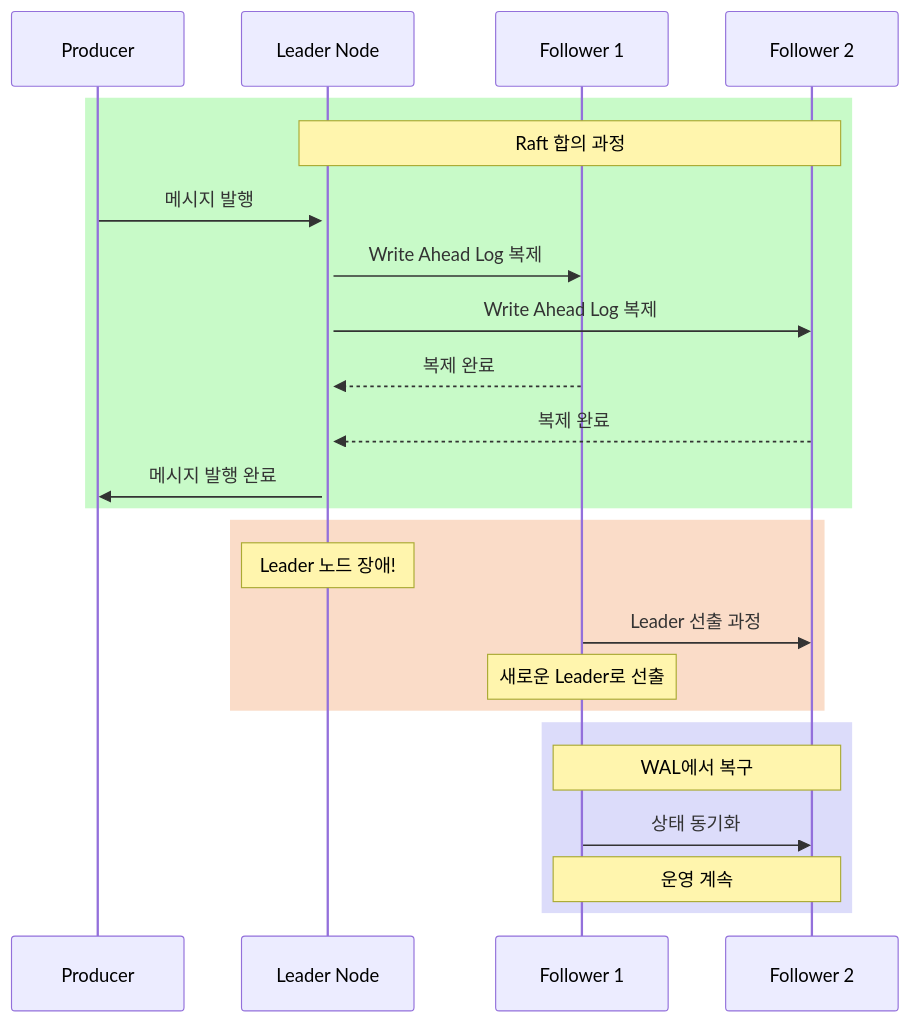
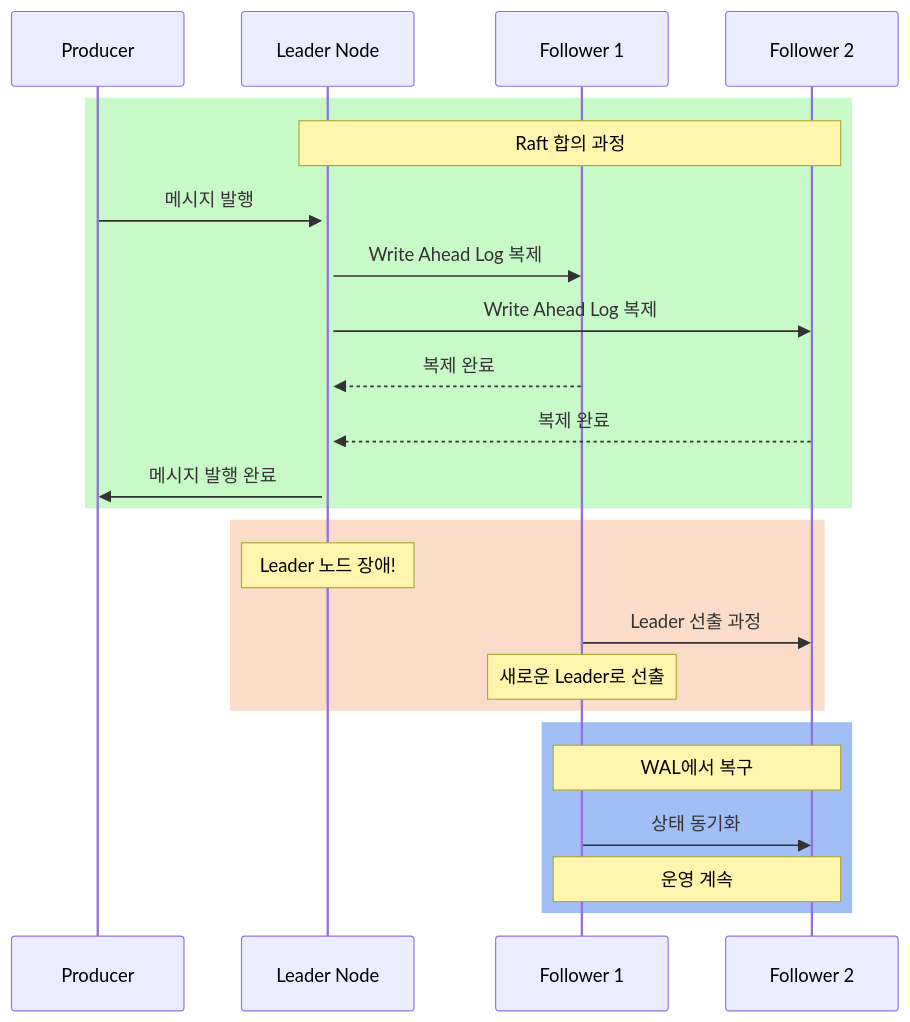
The second of 2 diagrams in _posts/rabbitmq/2024-11-26-RabbitMQ Classic vs Quorum.md (TreeStone94/treestone94.github.io), drawn with Mermaid before and after one commit. The commit also changed other lines of this file, not shown here.

Commit message:
Update 2024-11-26-RabbitMQ Classic vs Quorum.md

````diff
--- a/_posts/rabbitmq/2024-11-26-RabbitMQ Classic vs Quorum.md
+++ b/_posts/rabbitmq/2024-11-26-RabbitMQ Classic vs Quorum.md
@@ -66,29 +69,32 @@
 ```mermaid
+%%{init: {'themeVariables': {
+    'edgeLabelBackground': '#000000' %% 화살표 텍스트 배경: 검은색
+}}}%%
 sequenceDiagram
     participant P as Producer
     participant L as Leader Node
     participant F1 as Follower 1
     participant F2 as Follower 2
     
     rect rgb(200, 250, 200)
         Note over L,F2: Raft 합의 과정
         P->>+L: 메시지 발행
         L->>F1: Write Ahead Log 복제
         L->>F2: Write Ahead Log 복제
         F1-->>L: 복제 완료
         F2-->>L: 복제 완료
         L->>P: 메시지 발행 완료
     end
     
     rect rgb(250, 220, 200)
         Note over L: Leader 노드 장애!
         F1->>F2: Leader 선출 과정
         Note over F1: 새로운 Leader로 선출
     end
     
-    rect rgb(220, 220, 250)
+    rect rgb(161, 190, 247)
         Note over F1,F2: WAL에서 복구
         F1->>F2: 상태 동기화
         Note over F1,F2: 운영 계속
     end
 ```
````
